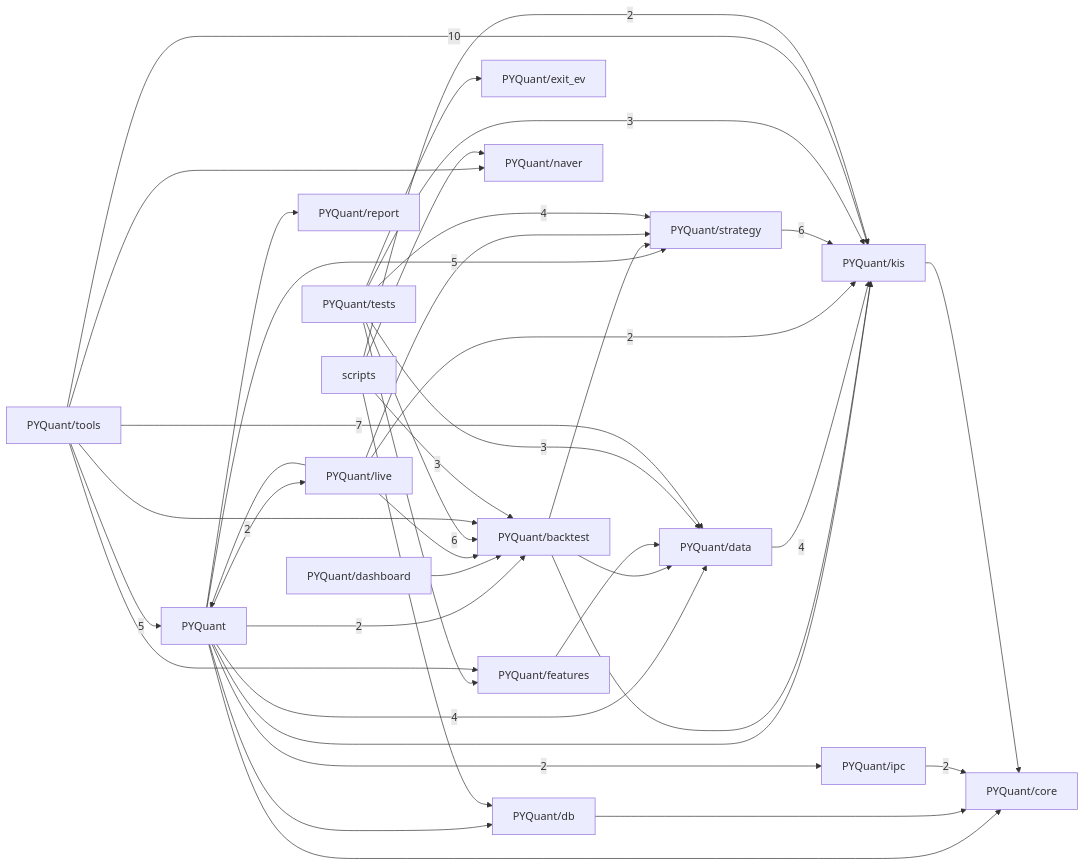
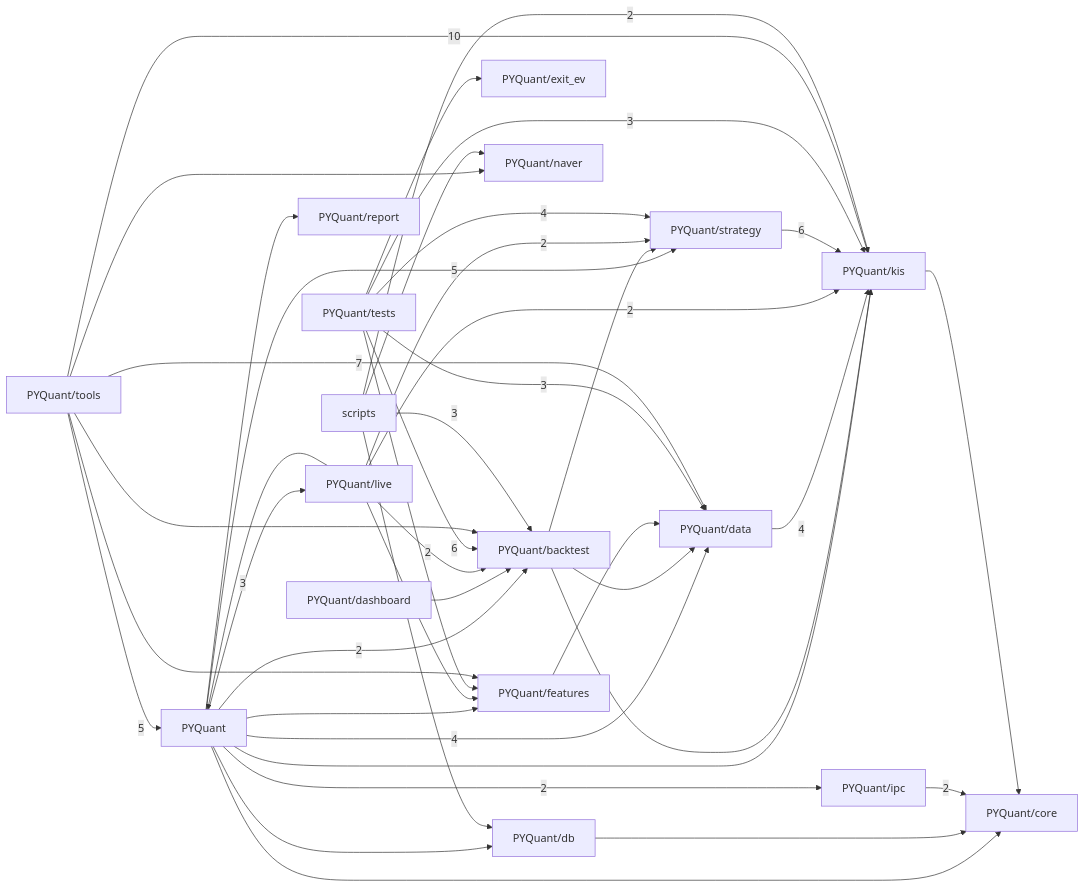
Before and after one commit to pypy8171/Quant: the third of 3 diagrams in docs/CODE_GRAPH.md, drawn with Mermaid. The commit also changed other lines of this file and 2 other files, not shown here.

Commit message:
docs(규약): 컨테이너 키 표기 — 문자열 키 unordered_map은 가급적 쓰지 않는다, 경계는 이유 주석
- docs/guides/MAINTENANCE_AUTOMATION.md 4절: `std::unordered_map<std::string, …>`·`std::unordered_set<std::string>`은 가급적 피한다.
  문자열 해시·비교가 키 길이에 비례해 비용이 달라진다. 종목·전략·주문번호·체결 키는 정수 id(D-112). 입력 자체가 문자열인
  경계(config 열거값·REST/WebSocket 응답·캡처 파일 헤더·운영단말 cid)는 문자열 키를 쓰되 왜 문자열인지 한 줄 주석.
- docs/CODE_GRAPH.md·docs/code_graph.json: 7d167f4 머지 뒤 생성기 재실행.

````diff
--- a/docs/CODE_GRAPH.md
+++ b/docs/CODE_GRAPH.md
@@ -422,59 +422,61 @@
 ```mermaid
 graph LR
   p_PYQuant["PYQuant"]
   p_PYQuant_backtest["PYQuant/backtest"]
   p_PYQuant_core["PYQuant/core"]
   p_PYQuant_dashboard["PYQuant/dashboard"]
   p_PYQuant_data["PYQuant/data"]
   p_PYQuant_db["PYQuant/db"]
   p_PYQuant_exit_ev["PYQuant/exit_ev"]
   p_PYQuant_features["PYQuant/features"]
   p_PYQuant_ipc["PYQuant/ipc"]
   p_PYQuant_kis["PYQuant/kis"]
   p_PYQuant_live["PYQuant/live"]
   p_PYQuant_naver["PYQuant/naver"]
   p_PYQuant_report["PYQuant/report"]
   p_PYQuant_strategy["PYQuant/strategy"]
   p_PYQuant_tests["PYQuant/tests"]
   p_PYQuant_tools["PYQuant/tools"]
   p_scripts["scripts"]
   p_PYQuant -->|2| p_PYQuant_backtest
   p_PYQuant --> p_PYQuant_core
   p_PYQuant -->|4| p_PYQuant_data
   p_PYQuant --> p_PYQuant_db
+  p_PYQuant --> p_PYQuant_features
   p_PYQuant -->|2| p_PYQuant_ipc
   p_PYQuant --> p_PYQuant_kis
-  p_PYQuant -->|2| p_PYQuant_live
+  p_PYQuant -->|3| p_PYQuant_live
   p_PYQuant --> p_PYQuant_report
   p_PYQuant -->|5| p_PYQuant_strategy
   p_PYQuant_backtest --> p_PYQuant_data
   p_PYQuant_backtest --> p_PYQuant_kis
   p_PYQuant_backtest --> p_PYQuant_strategy
   p_PYQuant_dashboard --> p_PYQuant_backtest
   p_PYQuant_data -->|4| p_PYQuant_kis
   p_PYQuant_db --> p_PYQuant_core
   p_PYQuant_features --> p_PYQuant_data
   p_PYQuant_ipc -->|2| p_PYQuant_core
   p_PYQuant_kis --> p_PYQuant_core
   p_PYQuant_live --> p_PYQuant
-  p_PYQuant_live --> p_PYQuant_backtest
+  p_PYQuant_live -->|2| p_PYQuant_backtest
+  p_PYQuant_live --> p_PYQuant_features
   p_PYQuant_live -->|2| p_PYQuant_kis
-  p_PYQuant_live --> p_PYQuant_strategy
+  p_PYQuant_live -->|2| p_PYQuant_strategy
   p_PYQuant_strategy -->|6| p_PYQuant_kis
   p_PYQuant_tests -->|6| p_PYQuant_backtest
   p_PYQuant_tests -->|3| p_PYQuant_data
   p_PYQuant_tests --> p_PYQuant_exit_ev
   p_PYQuant_tests --> p_PYQuant_features
   p_PYQuant_tests -->|3| p_PYQuant_kis
   p_PYQuant_tests -->|4| p_PYQuant_strategy
   p_PYQuant_tools -->|5| p_PYQuant
   p_PYQuant_tools --> p_PYQuant_backtest
   p_PYQuant_tools -->|7| p_PYQuant_data
   p_PYQuant_tools --> p_PYQuant_features
   p_PYQuant_tools -->|10| p_PYQuant_kis
   p_PYQuant_tools --> p_PYQuant_naver
   p_scripts -->|3| p_PYQuant_backtest
   p_scripts --> p_PYQuant_db
   p_scripts -->|2| p_PYQuant_kis
   p_scripts --> p_PYQuant_naver
 ```
````
